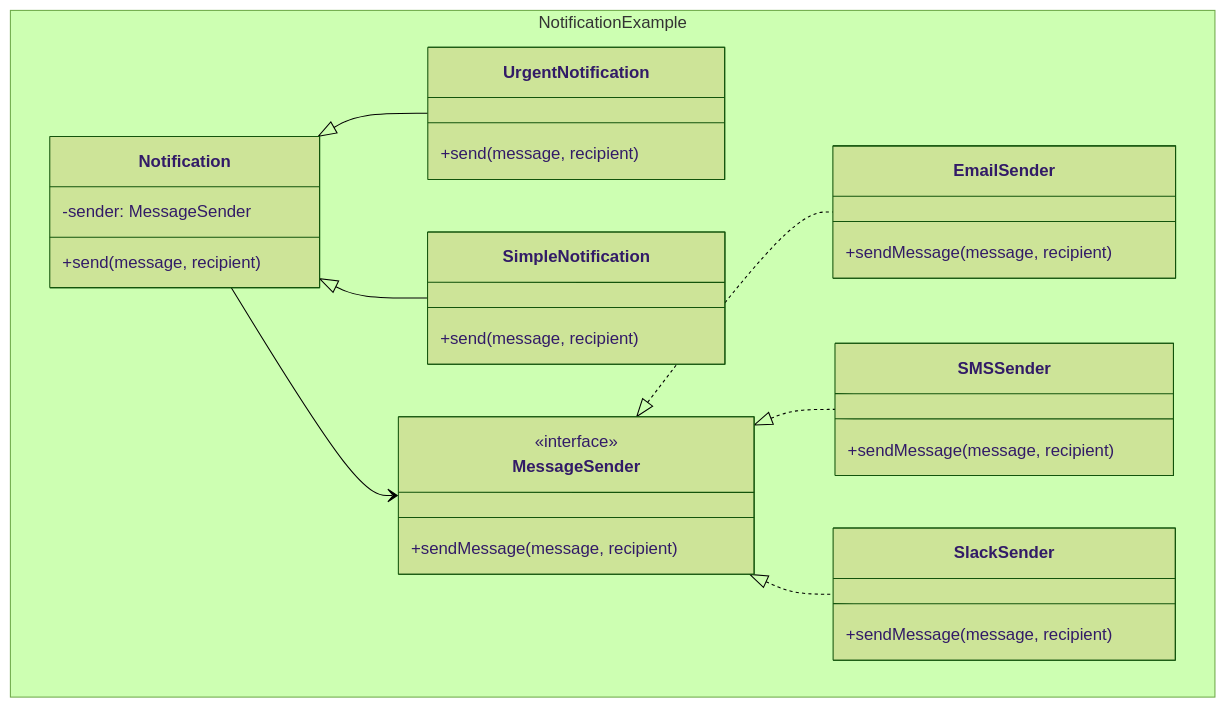
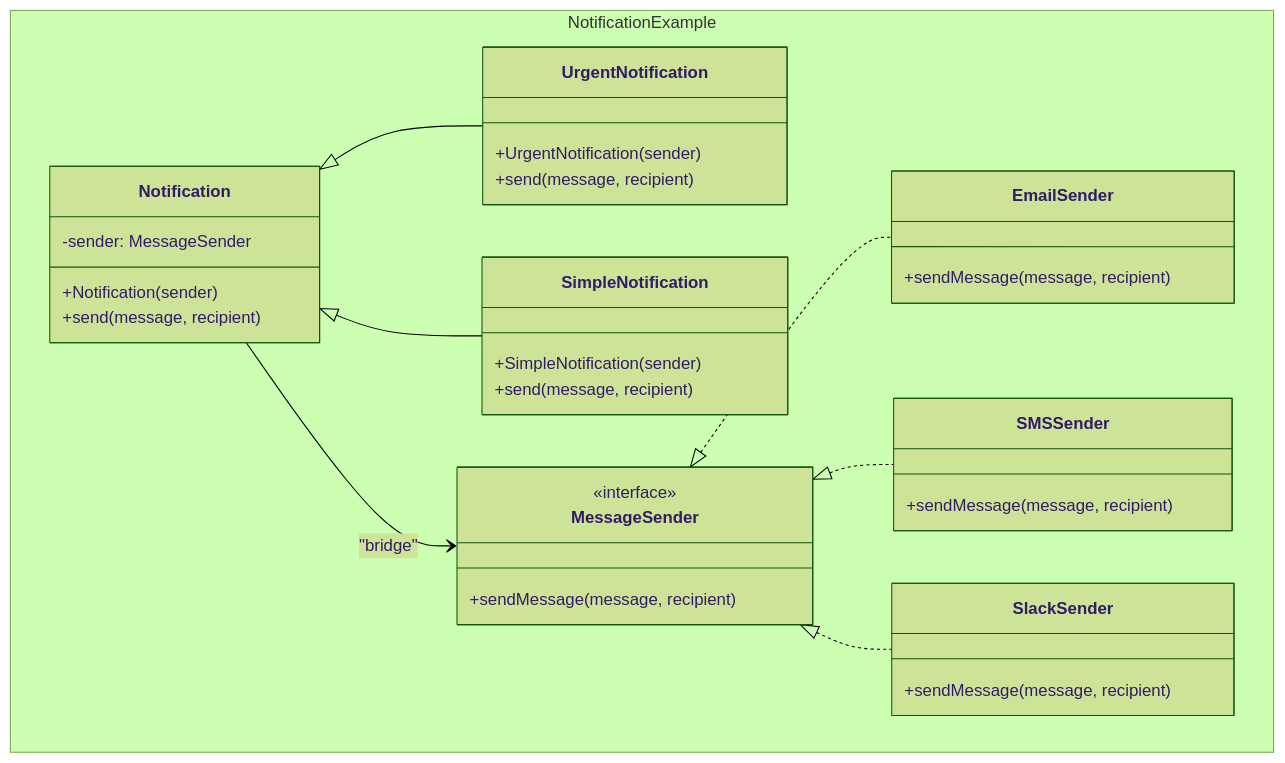
The second of 4 diagrams in patrones-diseno/estructurales/patterns/Bridge.md (JheisonMB/software-patterns-guide), drawn with Mermaid (forest theme) before and after one commit. The commit also changed other lines of this file and 22 other files, not shown here.

````diff
--- a/patrones-diseno/estructurales/patterns/Bridge.md
+++ b/patrones-diseno/estructurales/patterns/Bridge.md
@@ -65,41 +64,44 @@
 ```mermaid
 classDiagram
     namespace NotificationExample {
         class Notification {
             -sender: MessageSender
+            +Notification(sender)
             +send(message, recipient)
         }
         
         class UrgentNotification {
+            +UrgentNotification(sender)
             +send(message, recipient)
         }
         
         class SimpleNotification {
+            +SimpleNotification(sender)
             +send(message, recipient)
         }
         
         class MessageSender {
             <<interface>>
             +sendMessage(message, recipient)
         }
         
         class EmailSender {
             +sendMessage(message, recipient)
         }
         
         class SMSSender {
             +sendMessage(message, recipient)
         }
         
         class SlackSender {
             +sendMessage(message, recipient)
         }
     }
     
     Notification <|-- UrgentNotification
     Notification <|-- SimpleNotification
-    Notification --> MessageSender
+    Notification --> MessageSender : "bridge"
     MessageSender <|.. EmailSender
     MessageSender <|.. SMSSender
     MessageSender <|.. SlackSender
 ```
````
